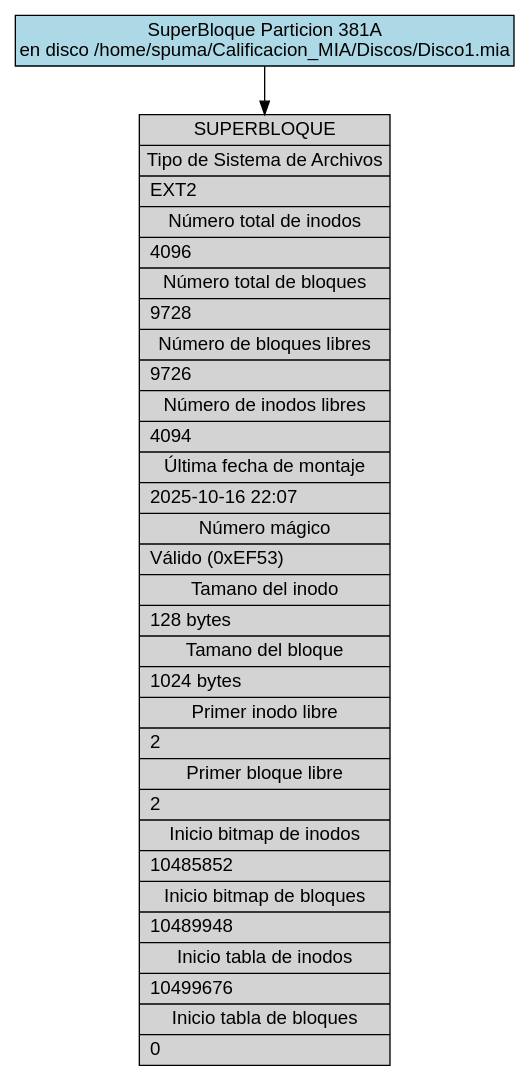
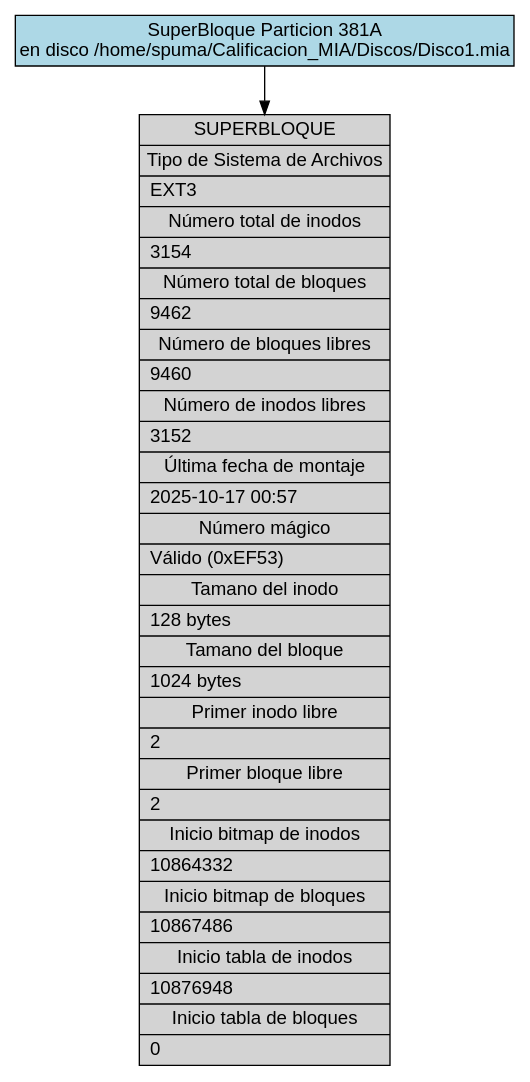
The diagram in backend/provider/reports/src/sb_381A.dot (DiegVas/MIA_2S2025_P2_202300638), drawn with Graphviz before and after one commit. The commit also changed 14 other files, not shown here.

```diff
--- a/backend/provider/reports/src/sb_381A.dot
+++ b/backend/provider/reports/src/sb_381A.dot
@@ -1,13 +1,13 @@
 digraph Superblock_Report {
     rankdir=TB;
     node [shape=record, fontname="Arial"];
     edge [fontname="Arial"];
     graph [fontname="Arial"];
 
     title [label="SuperBloque Particion 381A\nen disco /home/spuma/Calificacion_MIA/Discos/Disco1.mia", shape=box, style=filled, fillcolor=lightblue];
 
-    superblock [label="{SUPERBLOQUE|Tipo de Sistema de Archivos|EXT2\l|Número total de inodos|4096\l|Número total de bloques|9728\l|Número de bloques libres|9726\l|Número de inodos libres|4094\l|Última fecha de montaje|2025-10-16 22:07\l|Número mágico|Válido (0xEF53)\l|Tamano del inodo|128 bytes\l|Tamano del bloque|1024 bytes\l|Primer inodo libre|2\l|Primer bloque libre|2\l|Inicio bitmap de inodos|10485852\l|Inicio bitmap de bloques|10489948\l|Inicio tabla de inodos|10499676\l|Inicio tabla de bloques|0\l}", style=filled, fillcolor=lightgray];
+    superblock [label="{SUPERBLOQUE|Tipo de Sistema de Archivos|EXT3\l|Número total de inodos|3154\l|Número total de bloques|9462\l|Número de bloques libres|9460\l|Número de inodos libres|3152\l|Última fecha de montaje|2025-10-17 00:57\l|Número mágico|Válido (0xEF53)\l|Tamano del inodo|128 bytes\l|Tamano del bloque|1024 bytes\l|Primer inodo libre|2\l|Primer bloque libre|2\l|Inicio bitmap de inodos|10864332\l|Inicio bitmap de bloques|10867486\l|Inicio tabla de inodos|10876948\l|Inicio tabla de bloques|0\l}", style=filled, fillcolor=lightgray];
 
     title -> superblock;
 
 }
```
